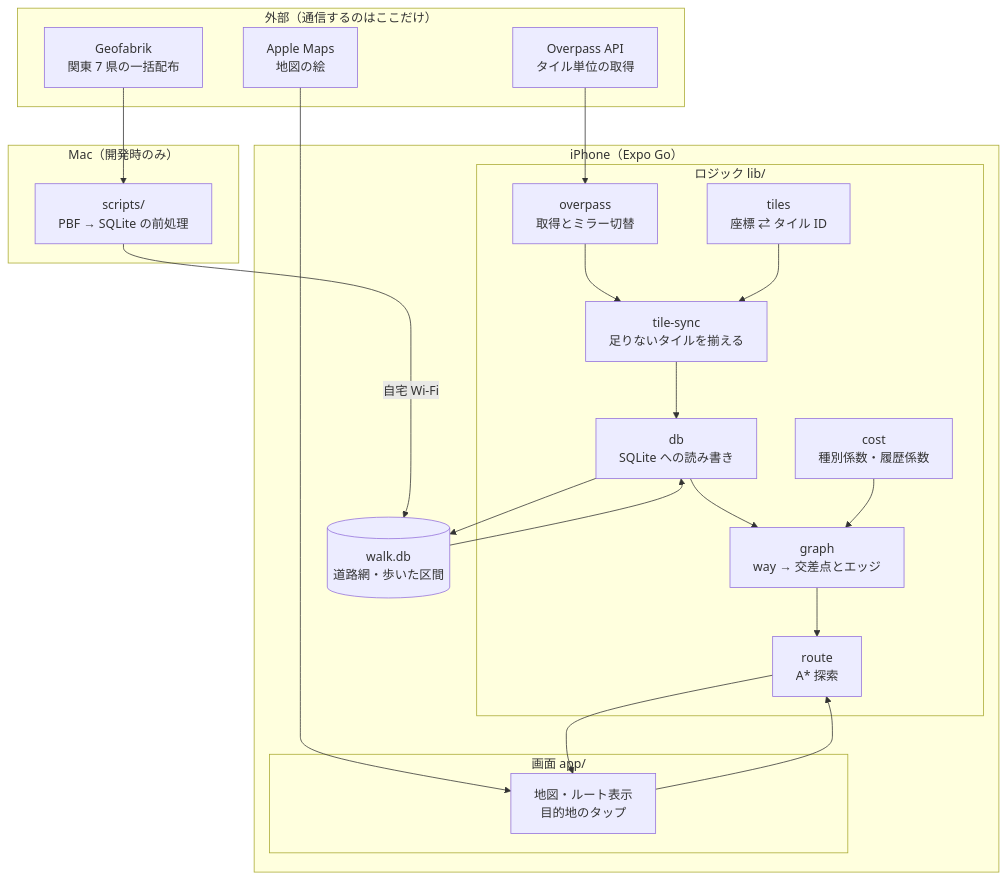
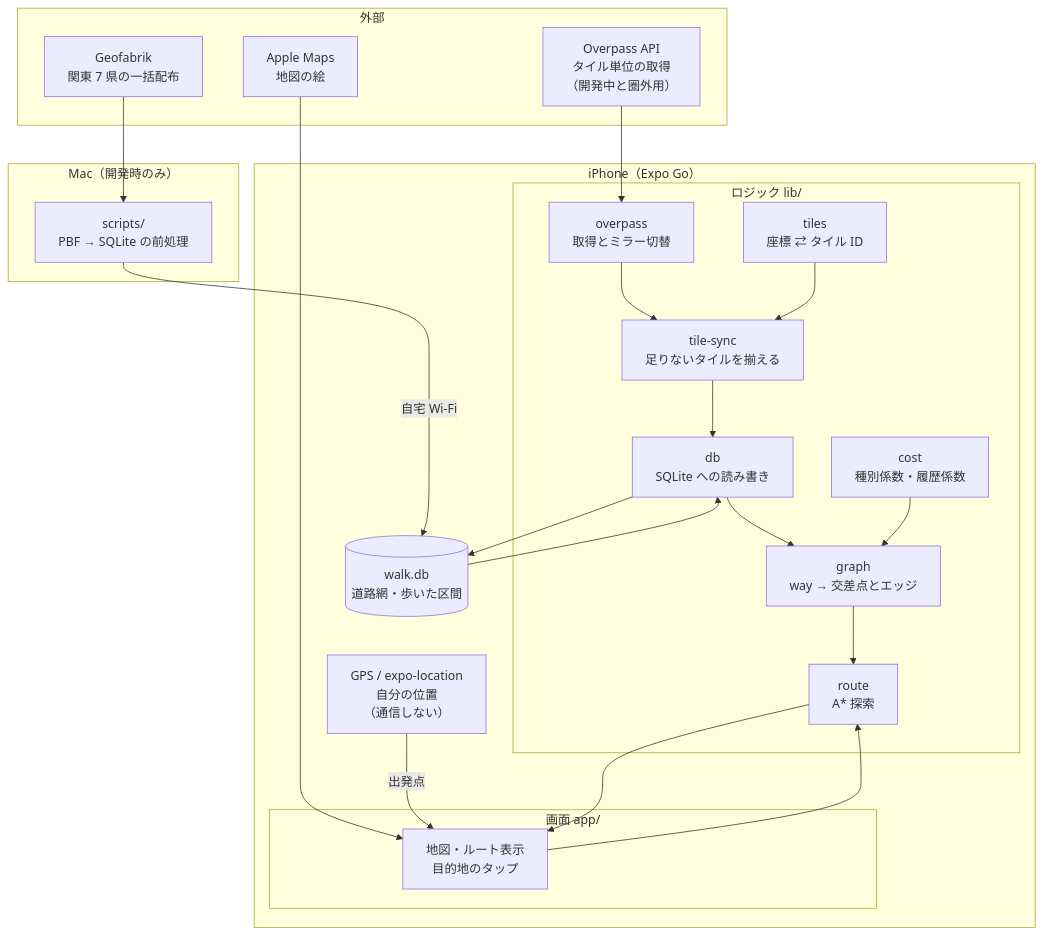
Before and after one commit to youngsend/walk-app: the first of 2 diagrams in docs/design.md, drawn with Mermaid. The commit also changed other lines of this file, not shown here.

First line of the commit message:
構成図に GPS を描き、3 つの入力を分けて書く

````diff
--- a/docs/design.md
+++ b/docs/design.md
@@ -16,40 +30,42 @@
 ```mermaid
 flowchart TB
-    subgraph outside["外部（通信するのはここだけ）"]
-        OV["Overpass API<br/>タイル単位の取得"]
+    subgraph outside["外部"]
+        OV["Overpass API<br/>タイル単位の取得<br/>（開発中と圏外用）"]
         GF["Geofabrik<br/>関東 7 県の一括配布"]
         AM["Apple Maps<br/>地図の絵"]
     end
 
     subgraph mac["Mac（開発時のみ）"]
         PRE["scripts/<br/>PBF → SQLite の前処理"]
     end
 
     subgraph app["iPhone（Expo Go）"]
+        GPS["GPS / expo-location<br/>自分の位置<br/>（通信しない）"]
         subgraph ui["画面 app/"]
             SCR["地図・ルート表示<br/>目的地のタップ"]
         end
         subgraph logic["ロジック lib/"]
             TS["tiles<br/>座標 ⇄ タイル ID"]
             OP["overpass<br/>取得とミラー切替"]
             SY["tile-sync<br/>足りないタイルを揃える"]
             GR["graph<br/>way → 交差点とエッジ"]
             CO["cost<br/>種別係数・履歴係数"]
             RT["route<br/>A* 探索"]
             DB["db<br/>SQLite への読み書き"]
         end
         SQL[("walk.db<br/>道路網・歩いた区間")]
     end
 
     OV --> OP
     GF --> PRE
     PRE -->|自宅 Wi-Fi| SQL
     AM --> SCR
+    GPS -->|出発点| SCR
 
     OP --> SY --> DB --> SQL
     SQL --> DB --> GR
     CO --> GR
     GR --> RT --> SCR
     TS --> SY
     SCR --> RT
 ```
````
